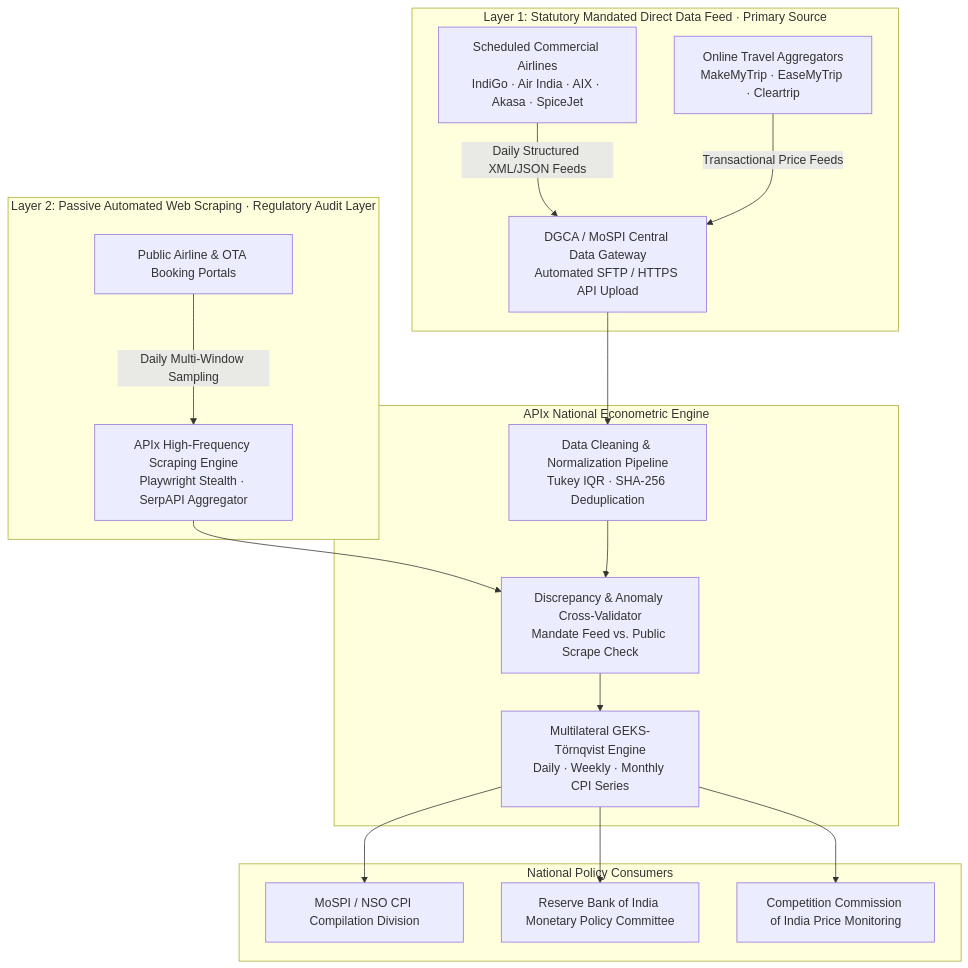
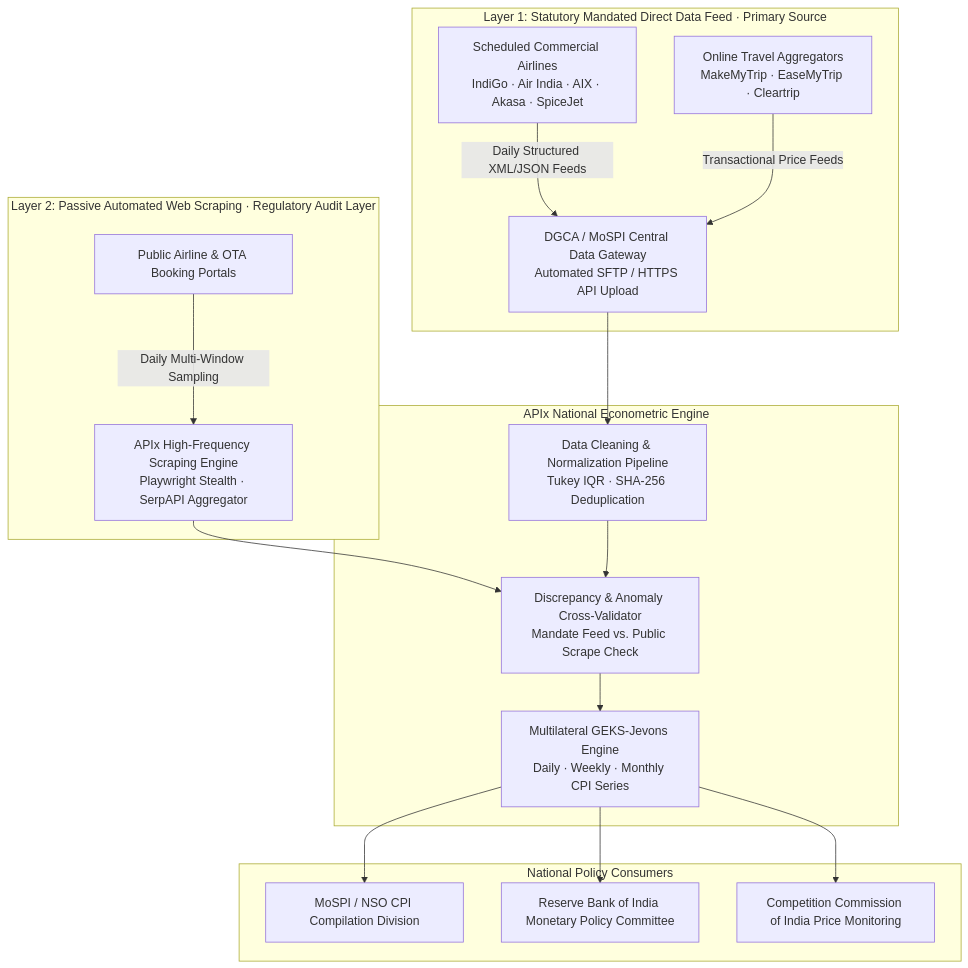
One commit to Tejas3479/APIx changed the diagram in docs/PRODUCTION_READINESS.md. Above: the diagram before and after it, drawn with Mermaid. The commit also changed 4 other files, not shown here.

Commit message:
Docs: Synchronize methodology terminology from GEKS-Törnqvist to GEKS-Jevons

````diff
--- a/docs/PRODUCTION_READINESS.md
+++ b/docs/PRODUCTION_READINESS.md
@@ -14,36 +14,36 @@
 ```mermaid
 flowchart TD
     subgraph Layer1["Layer 1: Statutory Mandated Direct Data Feed · Primary Source"]
         AIRLINES["Scheduled Commercial Airlines<br/>IndiGo · Air India · AIX · Akasa · SpiceJet"]
         OTAS["Online Travel Aggregators<br/>MakeMyTrip · EaseMyTrip · Cleartrip"]
         DGCA_PORTAL["DGCA / MoSPI Central Data Gateway<br/>Automated SFTP / HTTPS API Upload"]
         AIRLINES -->|Daily Structured XML/JSON Feeds| DGCA_PORTAL
         OTAS -->|Transactional Price Feeds| DGCA_PORTAL
     end
 
     subgraph Layer2["Layer 2: Passive Automated Web Scraping · Regulatory Audit Layer"]
         SCRAPER["APIx High-Frequency Scraping Engine<br/>Playwright Stealth · SerpAPI Aggregator"]
         PUBLIC_WEB["Public Airline & OTA Booking Portals"]
         PUBLIC_WEB -->|Daily Multi-Window Sampling| SCRAPER
     end
 
     subgraph Core["APIx National Econometric Engine"]
         CLEAN["Data Cleaning & Normalization Pipeline<br/>Tukey IQR · SHA-256 Deduplication"]
         AUDIT["Discrepancy & Anomaly Cross-Validator<br/>Mandate Feed vs. Public Scrape Check"]
-        INDEX["Multilateral GEKS-Törnqvist Engine<br/>Daily · Weekly · Monthly CPI Series"]
+        INDEX["Multilateral GEKS-Jevons Engine<br/>Daily · Weekly · Monthly CPI Series"]
     end
 
     subgraph Output["National Policy Consumers"]
         MOSPI["MoSPI / NSO CPI Compilation Division"]
         RBI["Reserve Bank of India Monetary Policy Committee"]
         CCI["Competition Commission of India Price Monitoring"]
     end
 
     DGCA_PORTAL --> CLEAN
     SCRAPER --> AUDIT
     CLEAN --> AUDIT
     AUDIT --> INDEX
     INDEX --> MOSPI
     INDEX --> RBI
     INDEX --> CCI
 ```
````
